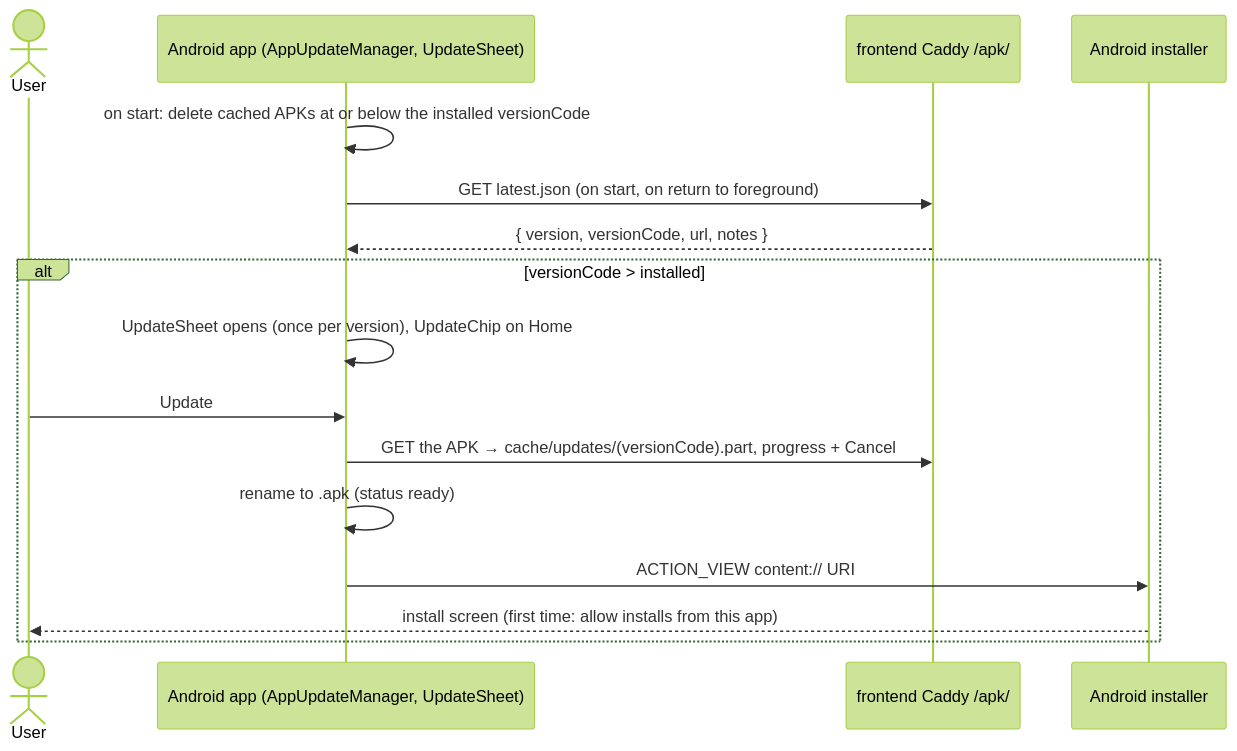
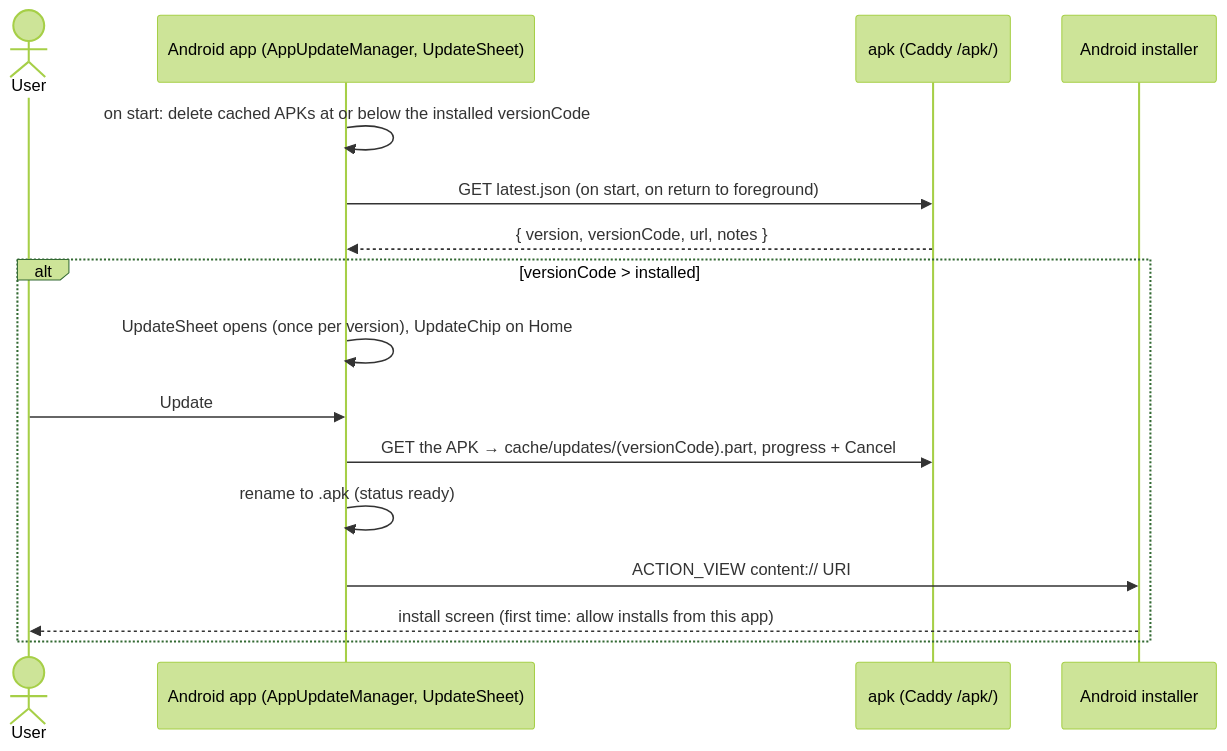
The ninth of 9 diagrams in docs/specs/architecture.md (LidorElmakaies/personal-copilot), drawn with Mermaid (forest theme) before and after one commit. The commit also changed other lines of this file and 368 other files, not shown here.

````diff
--- a/docs/specs/architecture.md
+++ b/docs/specs/architecture.md
@@ -346,19 +242,19 @@
 ```mermaid
 sequenceDiagram
     actor User
     participant App as Android app (AppUpdateManager, UpdateSheet)
-    participant Reg as frontend Caddy /apk/
+    participant Reg as apk (Caddy /apk/)
     participant Android as Android installer
 
     App->>App: on start: delete cached APKs at or below the installed versionCode
     App->>Reg: GET latest.json (on start, on return to foreground)
     Reg-->>App: { version, versionCode, url, notes }
     alt versionCode > installed
         App->>App: UpdateSheet opens (once per version), UpdateChip on Home
         User->>App: Update
         App->>Reg: GET the APK → cache/updates/(versionCode).part, progress + Cancel
         App->>App: rename to .apk (status ready)
         App->>Android: ACTION_VIEW content:// URI
         Android-->>User: install screen (first time: allow installs from this app)
     end
 ```
````
